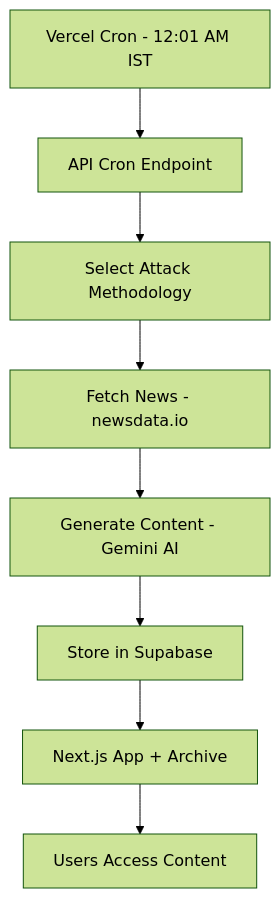
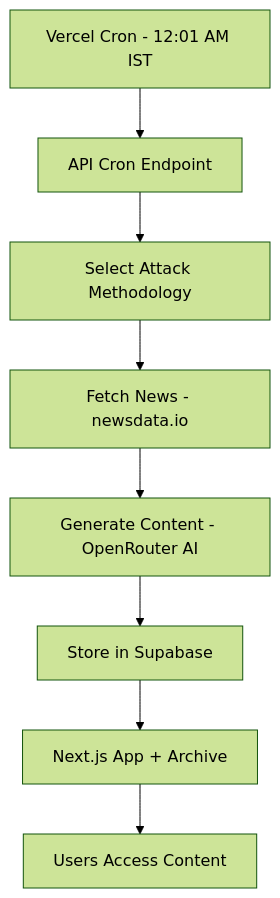
Before and after one commit to pentoshi007/oh-my-security: the diagram in README.md, drawn with Mermaid (forest theme). The commit also changed other lines of this file and 4 other files, not shown here.

First line of the commit message:
Switch from Google Gemini to OpenRouter AI, remove .next/ from tracking

````diff
--- a/README.md
+++ b/README.md
@@ -45,10 +45,10 @@
 ```mermaid
 flowchart TD
     A[Vercel Cron - 12:01 AM IST] --> B["API Cron Endpoint"]
     B --> C[Select Attack Methodology]
     C --> D[Fetch News - newsdata.io]
-    D --> E[Generate Content - Gemini AI]
+    D --> E[Generate Content - OpenRouter AI]
     E --> F[Store in Supabase]
     F --> G[Next.js App + Archive]
     G --> H[Users Access Content]
 ```
````
